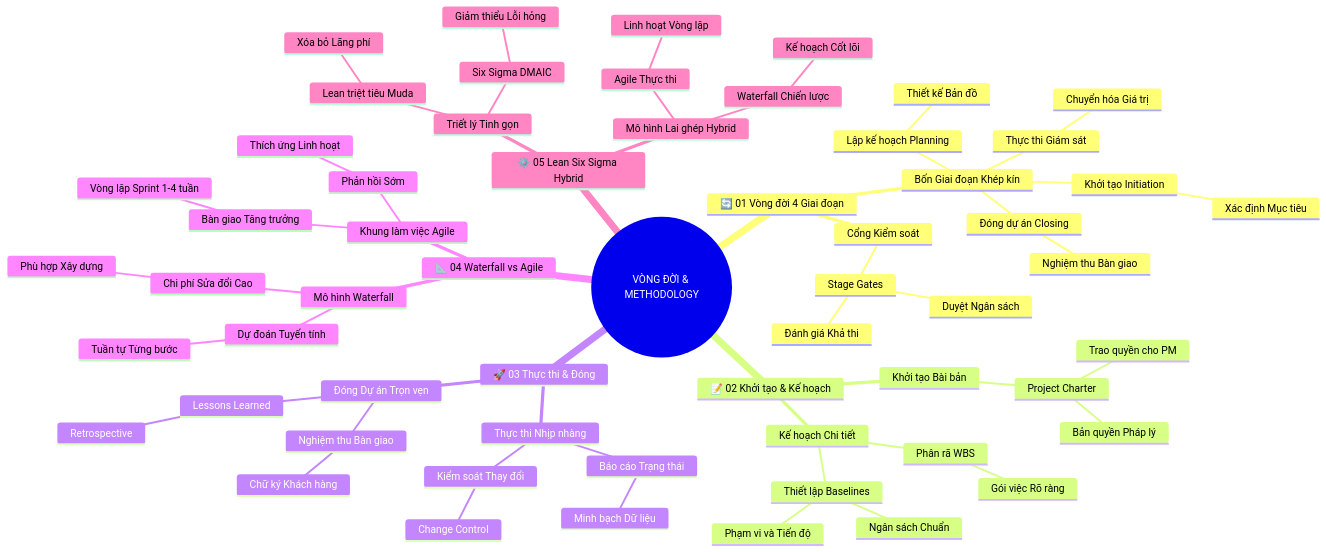
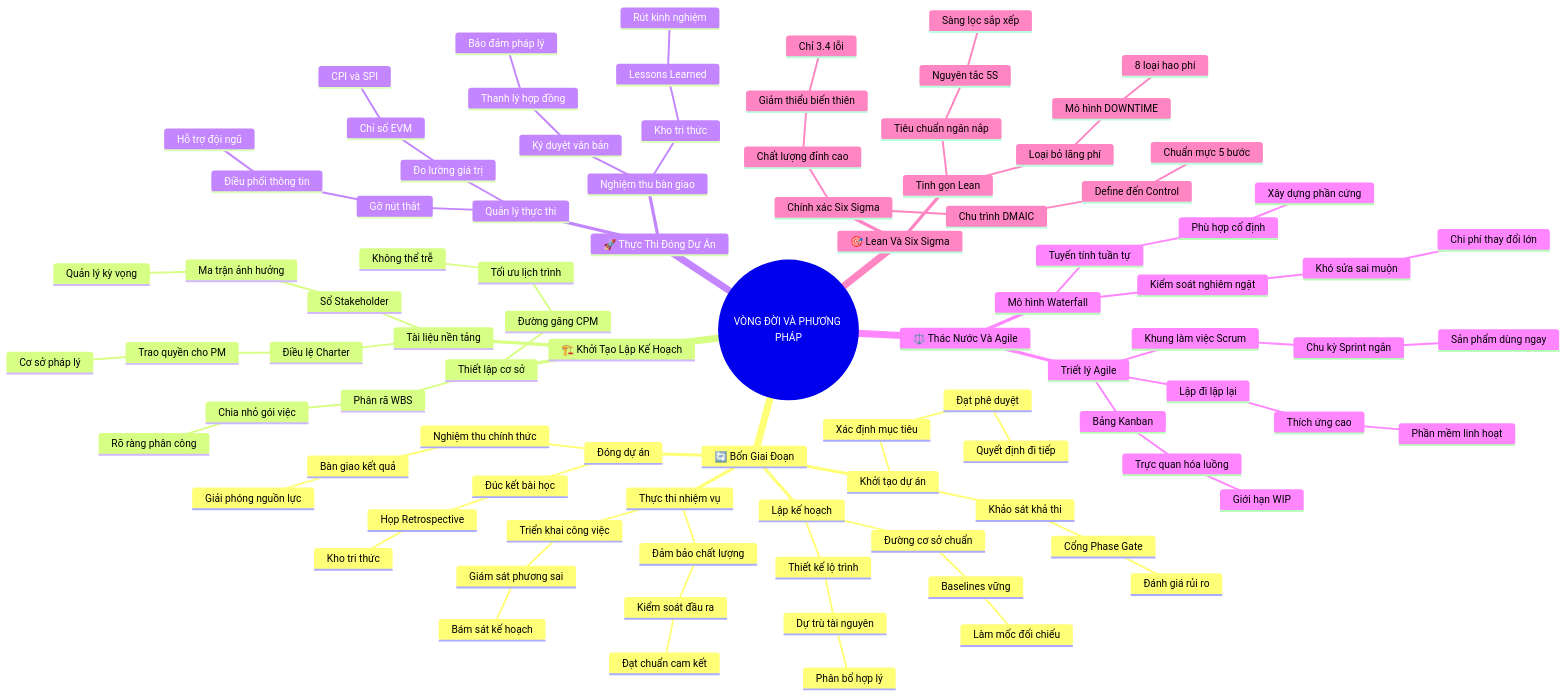
The diagram in Kich-ban-clipchamp/Google-Project-Management-Coursera/03-Project-Life-Cycle-and-Methodologies/mindmap.md (tibe2109/audio-book-refactor), drawn with Mermaid before and after one commit. The commit also changed other lines of this file and 680 other files, not shown here.

````diff
--- a/Kich-ban-clipchamp/Google-Project-Management-Coursera/03-Project-Life-Cycle-and-Methodologies/mindmap.md
+++ b/Kich-ban-clipchamp/Google-Project-Management-Coursera/03-Project-Life-Cycle-and-Methodologies/mindmap.md
@@ -5,62 +5,96 @@
 ```mermaid
 mindmap
-  root((VÒNG ĐỜI & METHODOLOGY))
-    🔄 01 Vòng đời 4 Giai đoạn
-      Bốn Giai đoạn Khép kín
-        Khởi tạo Initiation
-          Xác định Mục tiêu
-        Lập kế hoạch Planning
-          Thiết kế Bản đồ
-        Thực thi Giám sát
-          Chuyển hóa Giá trị
-        Đóng dự án Closing
-          Nghiệm thu Bàn giao
-      Cổng Kiểm soát
-        Stage Gates
-          Đánh giá Khả thi
-          Duyệt Ngân sách
-    📝 02 Khởi tạo & Kế hoạch
-      Khởi tạo Bài bản
-        Project Charter
-          Bản quyền Pháp lý
+  root((VÒNG ĐỜI VÀ PHƯƠNG PHÁP))
+    🔄 Bốn Giai Đoạn
+      Khởi tạo dự án
+        Xác định mục tiêu
+          Đạt phê duyệt
+            Quyết định đi tiếp
+        Khảo sát khả thi
+          Cổng Phase Gate
+            Đánh giá rủi ro
+      Lập kế hoạch
+        Thiết kế lộ trình
+          Dự trù tài nguyên
+            Phân bổ hợp lý
+        Đường cơ sở chuẩn
+          Baselines vững
+            Làm mốc đối chiếu
+      Thực thi nhiệm vụ
+        Triển khai công việc
+          Giám sát phương sai
+            Bám sát kế hoạch
+        Đảm bảo chất lượng
+          Kiểm soát đầu ra
+            Đạt chuẩn cam kết
+      Đóng dự án
+        Nghiệm thu chính thức
+          Bàn giao kết quả
+            Giải phóng nguồn lực
+        Đúc kết bài học
+          Họp Retrospective
+            Kho tri thức
+    🏗️ Khởi Tạo Lập Kế Hoạch
+      Tài liệu nền tảng
+        Điều lệ Charter
           Trao quyền cho PM
-      Kế hoạch Chi tiết
+            Cơ sở pháp lý
+        Sổ Stakeholder
+          Ma trận ảnh hưởng
+            Quản lý kỳ vọng
+      Thiết lập cơ sở
         Phân rã WBS
-          Gói việc Rõ ràng
-        Thiết lập Baselines
-          Phạm vi và Tiến độ
-          Ngân sách Chuẩn
-    🚀 03 Thực thi & Đóng
-      Thực thi Nhịp nhàng
-        Báo cáo Trạng thái
-          Minh bạch Dữ liệu
-        Kiểm soát Thay đổi
-          Change Control
-      Đóng Dự án Trọn vẹn
-        Nghiệm thu Bàn giao
-          Chữ ký Khách hàng
-        Lessons Learned
-          Retrospective
-    📐 04 Waterfall vs Agile
+          Chia nhỏ gói việc
+            Rõ ràng phân công
+        Đường găng CPM
+          Tối ưu lịch trình
+            Không thể trễ
+    🚀 Thực Thi Đóng Dự Án
+      Quản lý thực thi
+        Đo lường giá trị
+          Chỉ số EVM
+            CPI và SPI
+        Gỡ nút thắt
+          Điều phối thông tin
+            Hỗ trợ đội ngũ
+      Nghiệm thu bàn giao
+        Ký duyệt văn bản
+          Thanh lý hợp đồng
+            Bảo đảm pháp lý
+        Kho tri thức
+          Lessons Learned
+            Rút kinh nghiệm
+    ⚖️ Thác Nước Và Agile
       Mô hình Waterfall
-        Dự đoán Tuyến tính
-          Tuần tự Từng bước
-        Chi phí Sửa đổi Cao
-          Phù hợp Xây dựng
-      Khung làm việc Agile
-        Bàn giao Tăng trưởng
-          Vòng lặp Sprint 1-4 tuần
-        Phản hồi Sớm
-          Thích ứng Linh hoạt
-    ⚙️ 05 Lean Six Sigma Hybrid
-      Triết lý Tinh gọn
-        Lean triệt tiêu Muda
-          Xóa bỏ Lãng phí
-        Six Sigma DMAIC
-          Giảm thiểu Lỗi hỏng
-      Mô hình Lai ghép Hybrid
-        Waterfall Chiến lược
-          Kế hoạch Cốt lõi
-        Agile Thực thi
-          Linh hoạt Vòng lặp
+        Tuyến tính tuần tự
+          Phù hợp cố định
+            Xây dựng phần cứng
+        Kiểm soát nghiêm ngặt
+          Khó sửa sai muộn
+            Chi phí thay đổi lớn
+      Triết lý Agile
+        Lặp đi lặp lại
+          Thích ứng cao
+            Phần mềm linh hoạt
+        Khung làm việc Scrum
+          Chu kỳ Sprint ngắn
+            Sản phẩm dùng ngay
+        Bảng Kanban
+          Trực quan hóa luồng
+            Giới hạn WIP
+    🎯 Lean Và Six Sigma
+      Tinh gọn Lean
+        Loại bỏ lãng phí
+          Mô hình DOWNTIME
+            8 loại hao phí
+        Tiêu chuẩn ngăn nắp
+          Nguyên tắc 5S
+            Sàng lọc sắp xếp
+      Chính xác Six Sigma
+        Chu trình DMAIC
+          Define đến Control
+            Chuẩn mực 5 bước
+        Chất lượng đỉnh cao
+          Giảm thiểu biến thiên
+            Chỉ 3.4 lỗi
 ```
````
